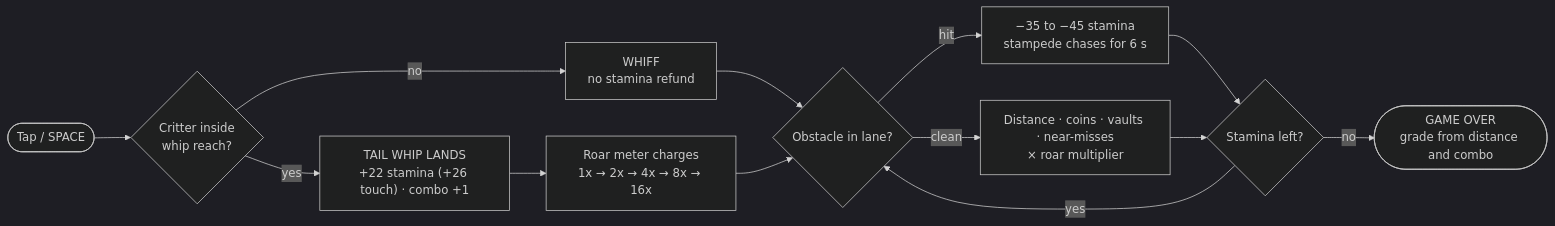
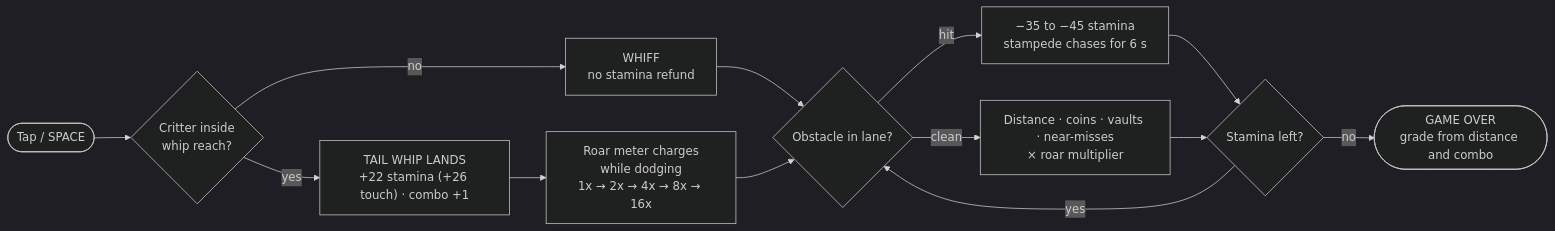
The first of 2 diagrams in README.md (thesithunyein/swiposaur), drawn with Mermaid (dark theme) before and after one commit. The commit also changed other lines of this file and 10 other files, not shown here.

First line of the commit message:
fix: make the whip cue and roar meter earn their trigger

````diff
--- a/README.md
+++ b/README.md
@@ -95,15 +96,15 @@
 ```mermaid
 flowchart LR
     start(["Tap / SPACE"]) --> range{"Critter inside<br/>whip reach?"}
     range -- yes --> hit["TAIL WHIP LANDS<br/>+22 stamina (+26 touch) · combo +1"]
     range -- no --> whiff["WHIFF<br/>no stamina refund"]
-    hit --> roar["Roar meter charges<br/>1x → 2x → 4x → 8x → 16x"]
+    hit --> roar["Roar meter charges<br/>while dodging<br/>1x → 2x → 4x → 8x → 16x"]
     whiff --> dodge{"Obstacle in lane?"}
     roar --> dodge
     dodge -- "hit" --> dmg["−35 to −45 stamina<br/>stampede chases for 6 s"]
     dodge -- clean --> score["Distance · coins · vaults · near-misses<br/>× roar multiplier"]
     dmg --> alive{"Stamina left?"}
     score --> alive
     alive -- yes --> dodge
     alive -- no --> over(["GAME OVER<br/>grade from distance and combo"])
 ```
````
